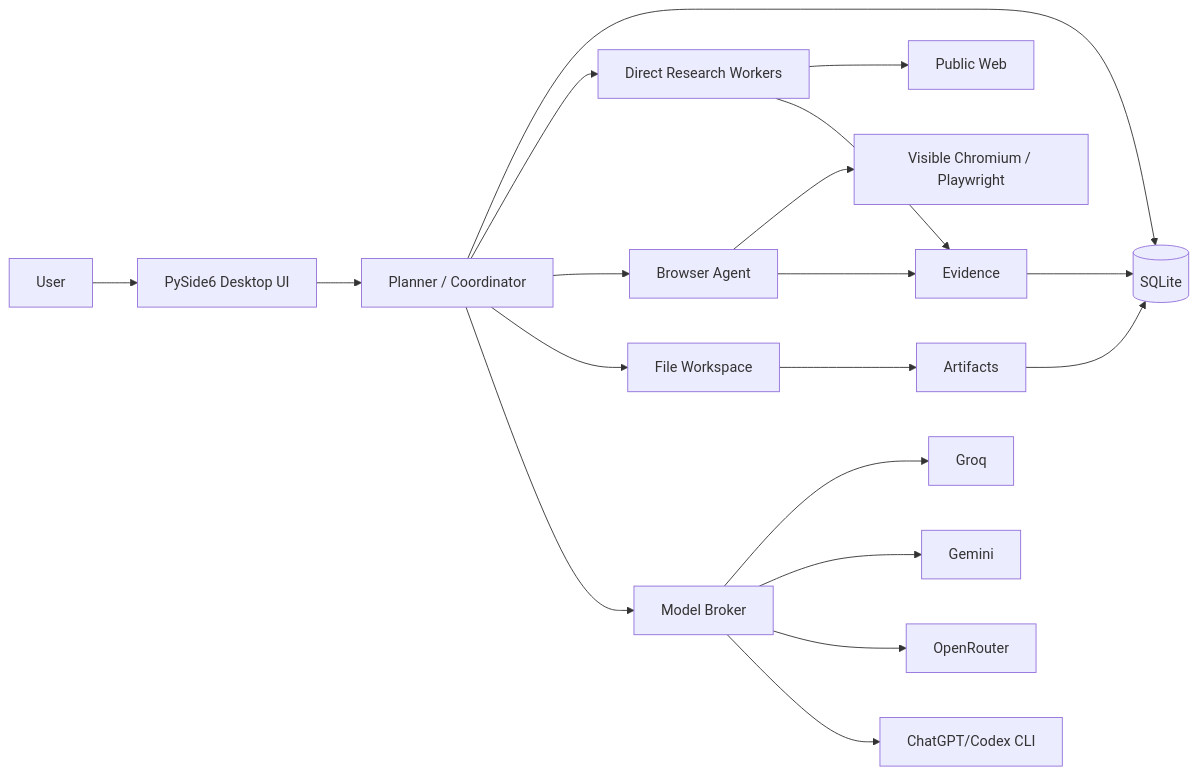
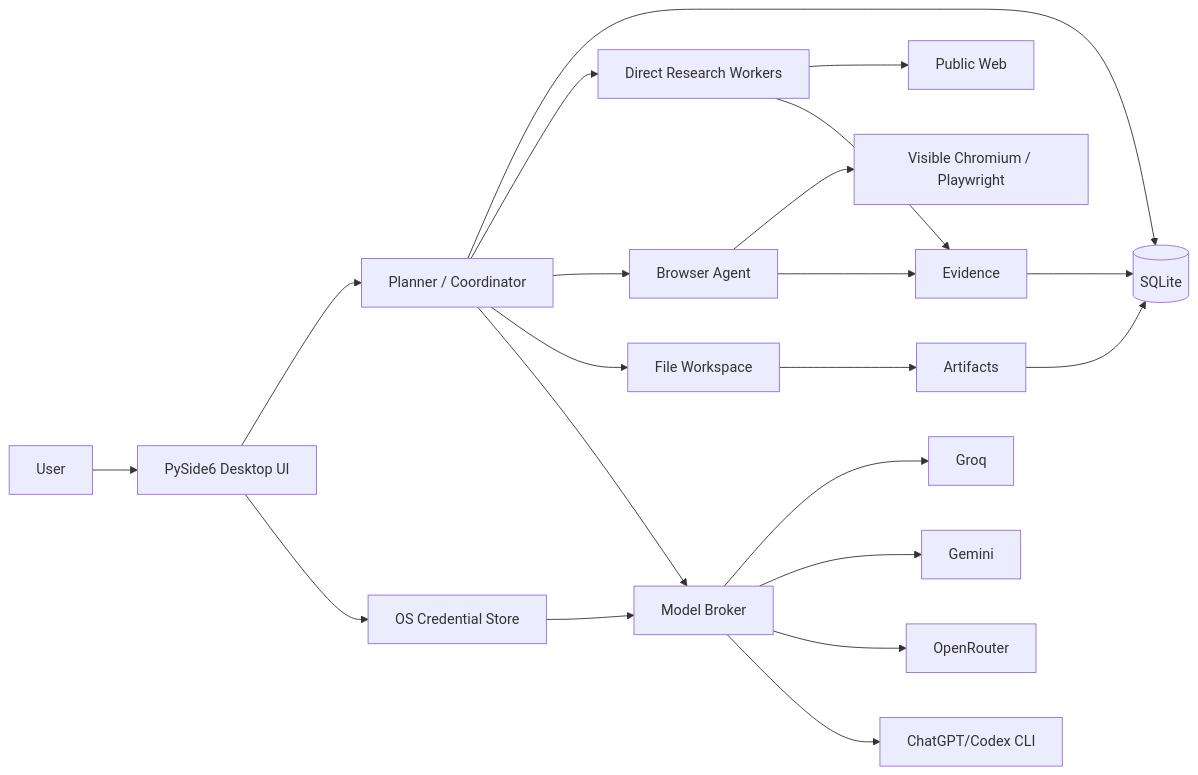
The diagram in README.md (suterkl74014/Muse_Ish_WebResearchAgent), drawn with Mermaid before and after one commit. The commit also changed other lines of this file and 15 other files, not shown here.

````diff
--- a/README.md
+++ b/README.md
@@ -188,21 +197,23 @@
 ```mermaid
 flowchart LR
     U[User] --> UI[PySide6 Desktop UI]
     UI --> COORD[Planner / Coordinator]
     COORD --> DB[(SQLite)]
     COORD --> R[Direct Research Workers]
     COORD --> B[Browser Agent]
     COORD --> F[File Workspace]
     R --> WEB[Public Web]
     B --> CHROME[Visible Chromium / Playwright]
     COORD --> BROKER[Model Broker]
+    UI --> VAULT[OS Credential Store]
+    VAULT --> BROKER
     BROKER --> G[Groq]
     BROKER --> GM[Gemini]
     BROKER --> OR[OpenRouter]
     BROKER --> C[ChatGPT/Codex CLI]
     R --> E[Evidence]
     B --> E
     F --> A[Artifacts]
     E --> DB
     A --> DB
 ```
````
